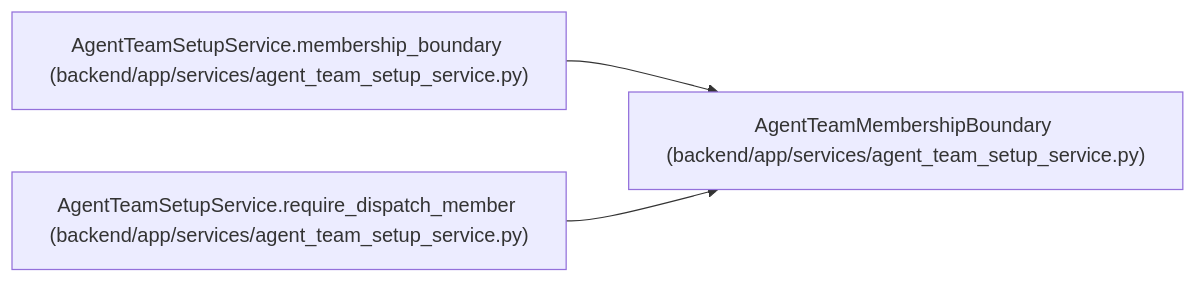
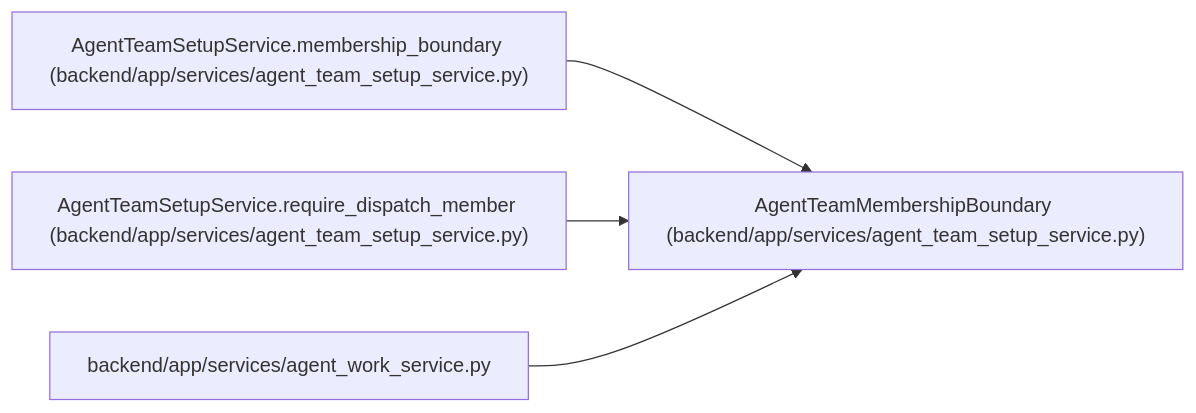
One commit to Denissvgn/WorkChord changed the diagram in docs/llm_wiki/entities/AgentTeamMembershipBoundary.md. Above: the diagram before and after it, drawn with Mermaid. The commit also changed other lines of this file and 2373 other files, not shown here.

````diff
--- a/docs/llm_wiki/entities/AgentTeamMembershipBoundary.md
+++ b/docs/llm_wiki/entities/AgentTeamMembershipBoundary.md
@@ -32,11 +32,14 @@
 ```mermaid
 flowchart LR
     n0["AgentTeamMembershipBoundary (backend/app/services/agent_team_setup_service.py)"]
     n1["AgentTeamSetupService.membership_boundary (backend/app/services/agent_team_setup_service.py)"]
     n2["AgentTeamSetupService.require_dispatch_member (backend/app/services/agent_team_setup_service.py)"]
+    n3["backend/app/services/agent_work_service.py"]
     n1 --> n0
     n2 --> n0
+    n3 --> n0
     click n0 "../modules/agent_team_setup_service.md"
     click n1 "../modules/agent_team_setup_service.md"
     click n2 "../modules/agent_team_setup_service.md"
+    click n3 "../modules/agent_work_service.md"
 ```
````
